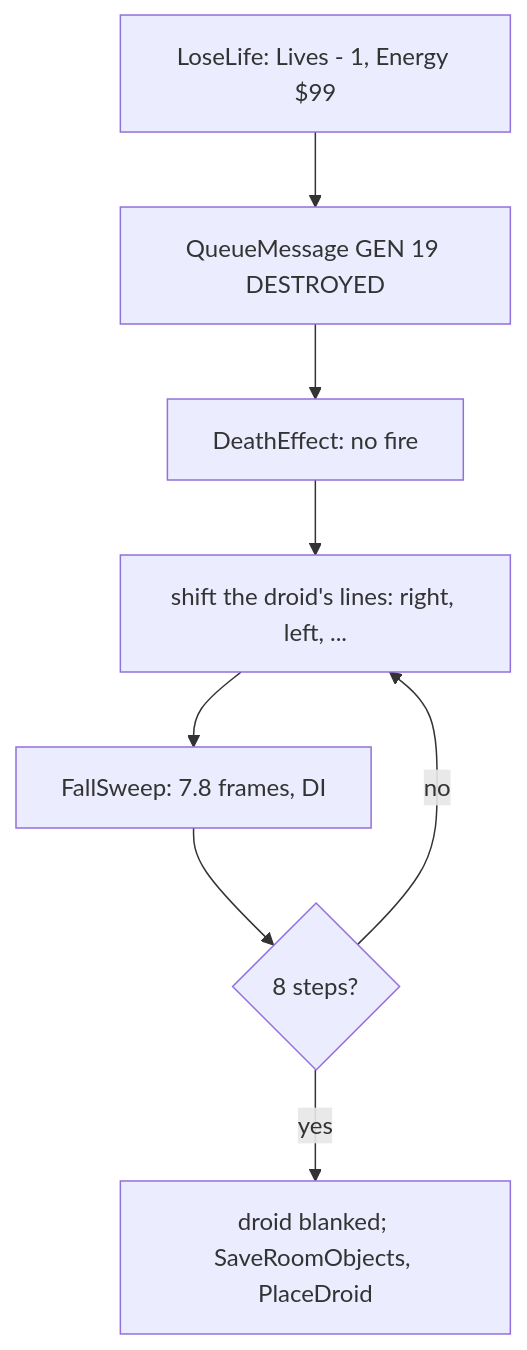
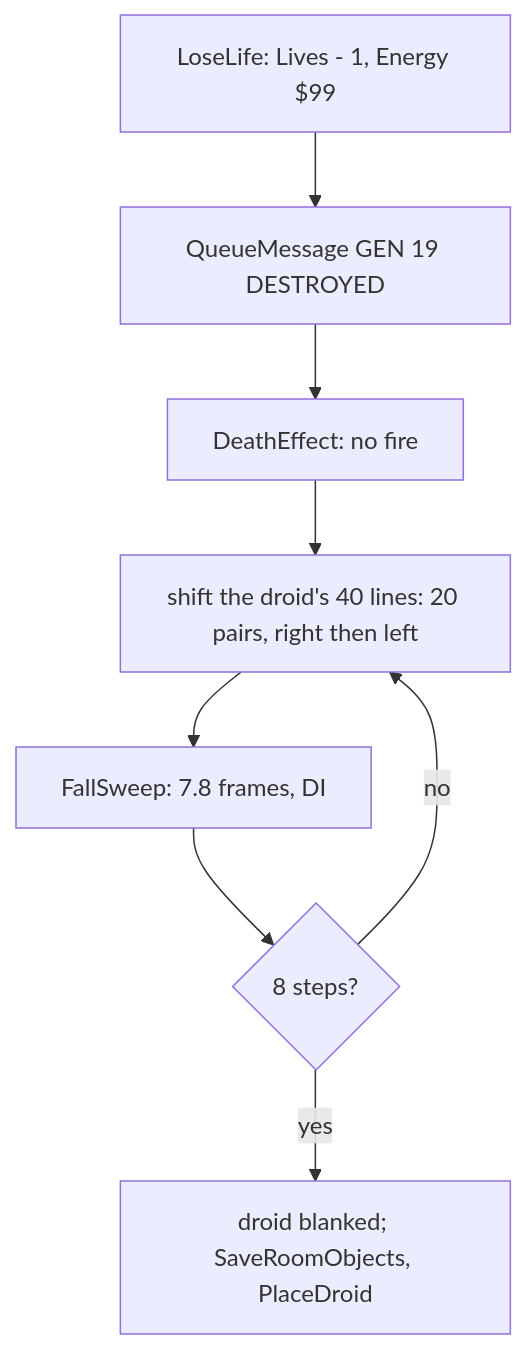
The seventh of 8 diagrams in games/tujad/docs/09-sound.md (alfishe/unrealng-reverse-cases), drawn with Mermaid before and after one commit. The commit also changed other lines of this file and 44 other files, not shown here.

````diff
--- a/games/tujad/docs/09-sound.md
+++ b/games/tujad/docs/09-sound.md
@@ -513,10 +522,10 @@
 ```mermaid
 flowchart TD
     LL["LoseLife: Lives - 1, Energy $99"] --> Q["QueueMessage GEN 19 DESTROYED"]
     Q --> DE["DeathEffect: no fire"]
-    DE --> SH["shift the droid's lines: right, left, ..."]
+    DE --> SH["shift the droid's 40 lines: 20 pairs, right then left"]
     SH --> FS["FallSweep: 7.8 frames, DI"]
     FS --> N{"8 steps?"}
     N -->|no| SH
     N -->|yes| B["droid blanked; SaveRoomObjects, PlaceDroid"]
 ```
````
